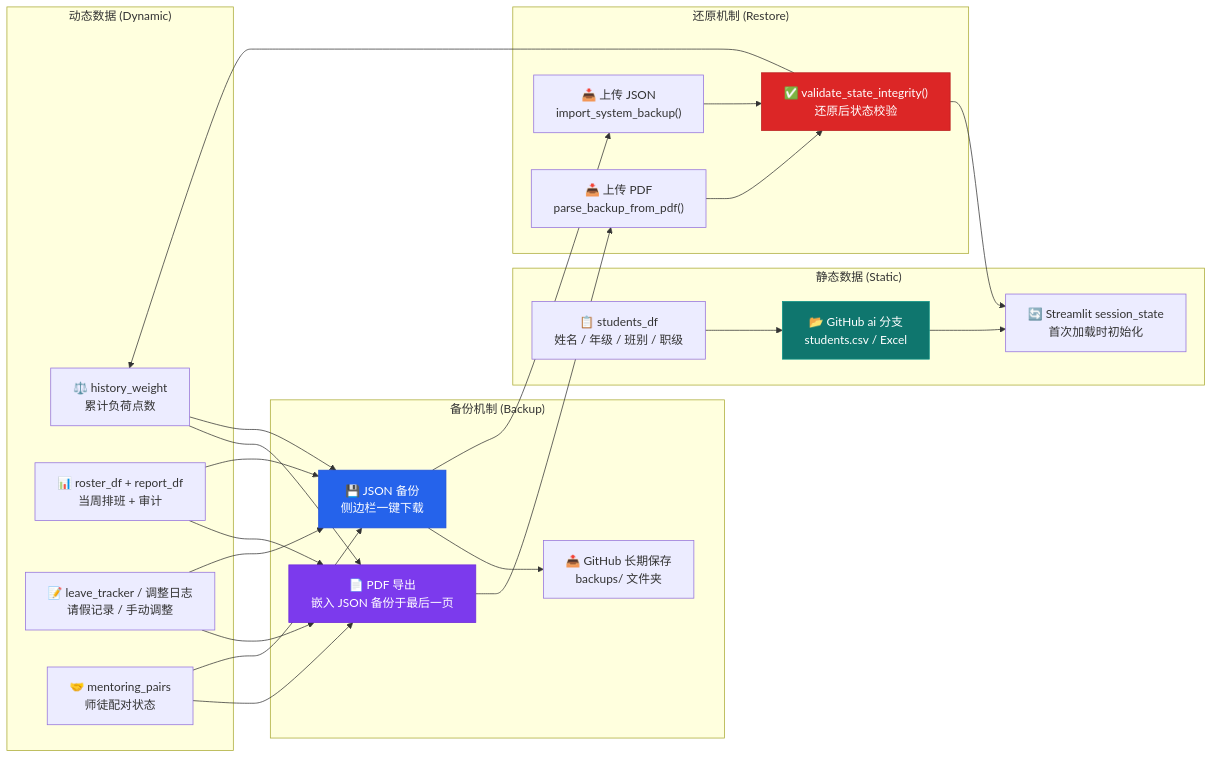
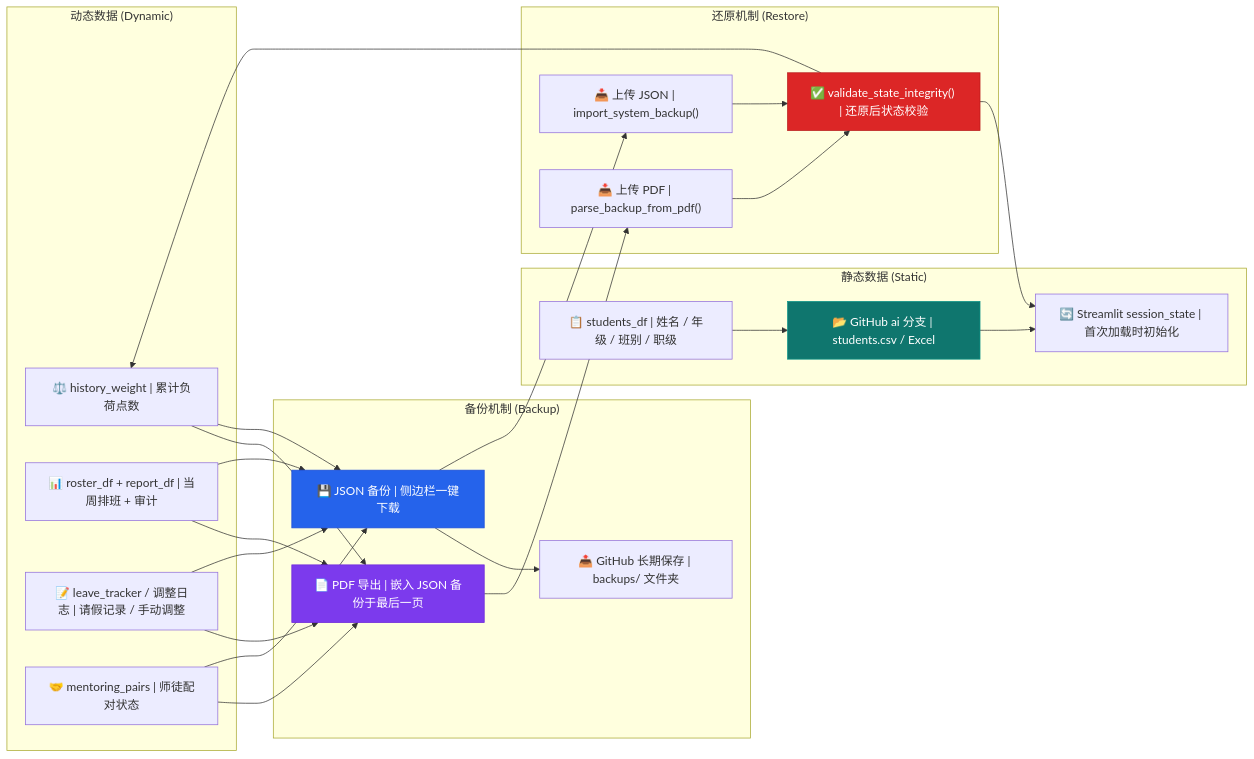
One commit to JackyLi10777/Study-Prefect-Duty-Roster-System changed the fourth of 4 diagrams in README.md. Above: the diagram before and after it, drawn with Mermaid. The commit also changed other lines of this file, not shown here.

Commit message:
fix: replace <br/> with | in Mermaid diagrams for GitHub rendering compatibility

````diff
--- a/README.md
+++ b/README.md
@@ -314,50 +314,50 @@
 ```mermaid
 flowchart LR
     subgraph "静态数据 (Static)"
-        S1["📋 students_df<br/>姓名 / 年级 / 班别 / 职级"]
-        S2["📂 GitHub ai 分支<br/>students.csv / Excel"]
-        S3["🔄 Streamlit session_state<br/>首次加载时初始化"]
+        S1["📋 students_df | 姓名 / 年级 / 班别 / 职级"]
+        S2["📂 GitHub ai 分支 | students.csv / Excel"]
+        S3["🔄 Streamlit session_state | 首次加载时初始化"]
     end
 
     subgraph "动态数据 (Dynamic)"
-        D1["⚖️ history_weight<br/>累计负荷点数"]
-        D2["📊 roster_df + report_df<br/>当周排班 + 审计"]
-        D3["📝 leave_tracker / 调整日志<br/>请假记录 / 手动调整"]
-        D4["🤝 mentoring_pairs<br/>师徒配对状态"]
+        D1["⚖️ history_weight | 累计负荷点数"]
+        D2["📊 roster_df + report_df | 当周排班 + 审计"]
+        D3["📝 leave_tracker / 调整日志 | 请假记录 / 手动调整"]
+        D4["🤝 mentoring_pairs | 师徒配对状态"]
     end
 
     subgraph "备份机制 (Backup)"
-        B1["📄 PDF 导出<br/>嵌入 JSON 备份于最后一页"]
-        B2["💾 JSON 备份<br/>侧边栏一键下载"]
-        B3["📤 GitHub 长期保存<br/>backups/ 文件夹"]
+        B1["📄 PDF 导出 | 嵌入 JSON 备份于最后一页"]
+        B2["💾 JSON 备份 | 侧边栏一键下载"]
+        B3["📤 GitHub 长期保存 | backups/ 文件夹"]
     end
 
     subgraph "还原机制 (Restore)"
-        R1["📥 上传 PDF<br/>parse_backup_from_pdf()"]
-        R2["📥 上传 JSON<br/>import_system_backup()"]
-        R3["✅ validate_state_integrity()<br/>还原后状态校验"]
+        R1["📥 上传 PDF | parse_backup_from_pdf()"]
+        R2["📥 上传 JSON | import_system_backup()"]
+        R3["✅ validate_state_integrity() | 还原后状态校验"]
     end
 
     S1 --> S2
     S2 --> S3
     D1 --> B1
     D1 --> B2
     D2 --> B1
     D2 --> B2
     D3 --> B1
     D3 --> B2
     D4 --> B1
     D4 --> B2
     B2 --> B3
     B1 --> R1
     B2 --> R2
     R1 --> R3
     R2 --> R3
     R3 --> S3
     R3 --> D1
 
     style S2 fill:#0F766E,stroke:#0D9488,color:#fff
     style B1 fill:#7C3AED,stroke:#6D28D9,color:#fff
     style B2 fill:#2563EB,stroke:#1D4ED8,color:#fff
     style R3 fill:#DC2626,stroke:#B91C1C,color:#fff
 ```
````
